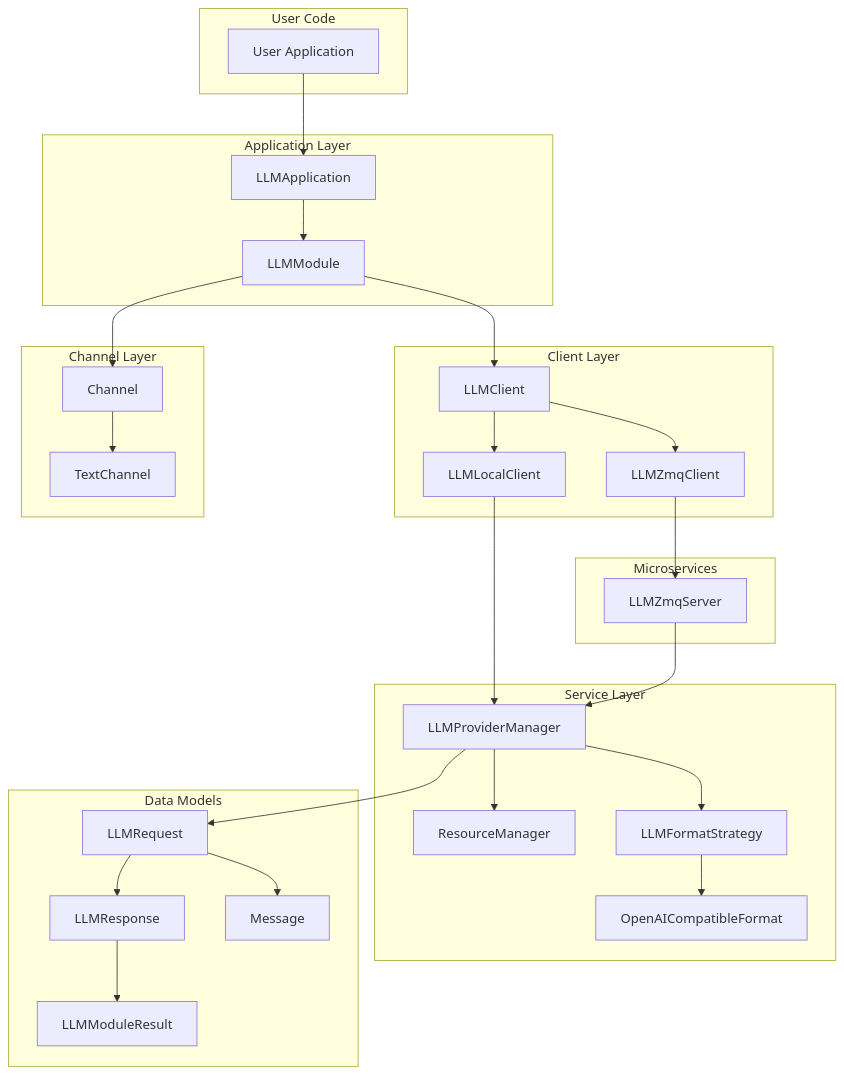
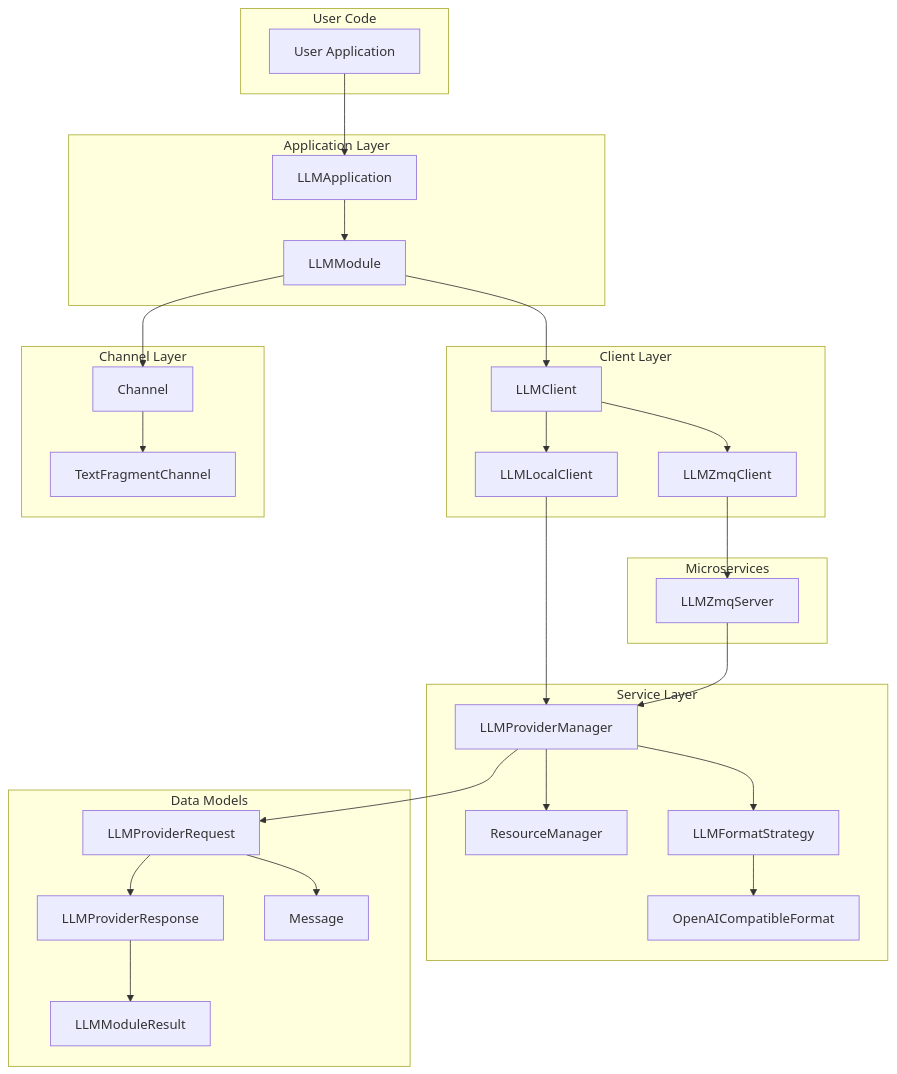
The first of 3 diagrams in README.md (gumblex/aitoolman), drawn with Mermaid before and after one commit. The commit also changed other lines of this file and 28 other files, not shown here.

````diff
--- a/README.md
+++ b/README.md
@@ -30,62 +30,62 @@
 ```mermaid
 graph TB
     subgraph "User Code"
         User[User Application]
     end
     
     subgraph "Application Layer"
         App[LLMApplication]
         Module[LLMModule]
     end
     
     subgraph "Client Layer"
         Client[LLMClient]
         LocalClient[LLMLocalClient]
         ZmqClient[LLMZmqClient]
     end
     
     subgraph "Microservices"
         ZmqServer[LLMZmqServer]
     end
     
     subgraph "Service Layer"
         ProviderManager[LLMProviderManager]
         ResourceMgr[ResourceManager]
         FormatStrategy[LLMFormatStrategy]
         OpenAIFormat[OpenAICompatibleFormat]
     end
     
     subgraph "Channel Layer"
         Channel[Channel]
-        TextChannel[TextChannel]
+        TextFragmentChannel[TextFragmentChannel]
     end
     
     subgraph "Data Models"
-        Request[LLMRequest]
-        Response[LLMResponse]
+        Request[LLMProviderRequest]
+        Response[LLMProviderResponse]
         Message[Message]
         LLMModuleResult[LLMModuleResult]
     end
     
     User --> App
     App --> Module
     Module --> Client
     Module --> Channel
     
     Client --> LocalClient
     Client --> ZmqClient
     LocalClient --> ProviderManager
     ZmqClient --> ZmqServer
     ZmqServer --> ProviderManager
     
     ProviderManager --> ResourceMgr
     ProviderManager --> FormatStrategy
     FormatStrategy --> OpenAIFormat
     
     ProviderManager --> Request
     Request --> Response
     Request --> Message
     Response --> LLMModuleResult
     
-    Channel --> TextChannel
+    Channel --> TextFragmentChannel
 ```
````
